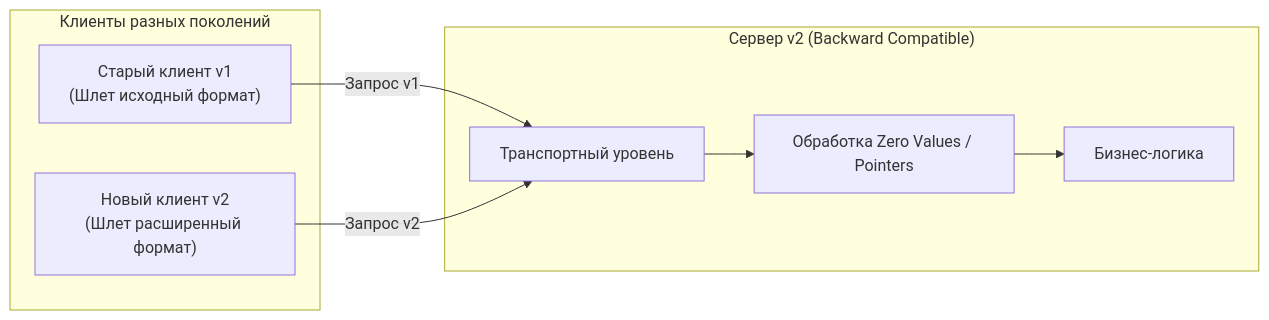
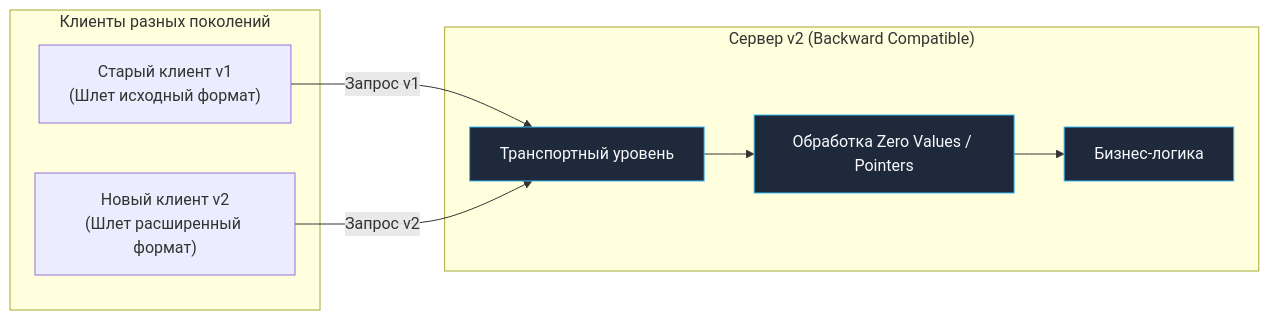
One commit to UnrealTemplier/go-textbook changed the first of 3 diagrams in sources/14. Распределенные системы на Go/04. Микросервисы/7. Backward compatibility.md. Above: the diagram before and after it, drawn with Mermaid. The commit also changed other lines of this file and 1666 other files, not shown here.

First line of the commit message:
feat(mermaid): add semantic color classDef to 1369 colorless flowchart/graph diagrams

````diff
--- a/sources/14. Распределенные системы на Go/04. Микросервисы/7. Backward compatibility.md
+++ b/sources/14. Распределенные системы на Go/04. Микросервисы/7. Backward compatibility.md
@@ -8,18 +8,28 @@
 ```mermaid
 flowchart LR
+    classDef process  fill:#1e293b,stroke:#38bdf8,stroke-width:1px,color:#f8fafc
+    classDef success  fill:#064e3b,stroke:#34d399,stroke-width:1px,color:#f8fafc
+    classDef error    fill:#7f1d1d,stroke:#f87171,stroke-width:1px,color:#f8fafc
+    classDef warning  fill:#78350f,stroke:#fbbf24,stroke-width:1px,color:#f8fafc
+    classDef entry    fill:#1e3a5f,stroke:#38bdf8,stroke-width:2px,color:#f8fafc
+    classDef aux      fill:#334155,stroke:#64748b,stroke-width:1px,color:#f8fafc
+    classDef system   fill:#312e81,stroke:#a78bfa,stroke-width:1px,color:#f8fafc
+    classDef data     fill:#132d29,stroke:#2dd4bf,stroke-width:1px,color:#f8fafc
+    classDef network  fill:#881337,stroke:#fb7185,stroke-width:1px,color:#f8fafc
+    classDef accent   fill:#1e1b4b,stroke:#818cf8,stroke-width:1px,color:#f8fafc
     subgraph Clients["Клиенты разных поколений"]
         OldClient["Старый клиент v1<br/>(Шлет исходный формат)"]
         NewClient["Новый клиент v2<br/>(Шлет расширенный формат)"]
     end
 
     subgraph Server["Сервер v2 (Backward Compatible)"]
-        Handler["Транспортный уровень"]
-        ZeroHandler["Обработка Zero Values / Pointers"]
-        Logic["Бизнес-логика"]
+        Handler["Транспортный уровень"]:::process
+        ZeroHandler["Обработка Zero Values / Pointers"]:::process
+        Logic["Бизнес-логика"]:::process
     end
 
     OldClient -->|"Запрос v1"| Handler
     NewClient -->|"Запрос v2"| Handler
     Handler --> ZeroHandler
     ZeroHandler --> Logic
 ```
````
